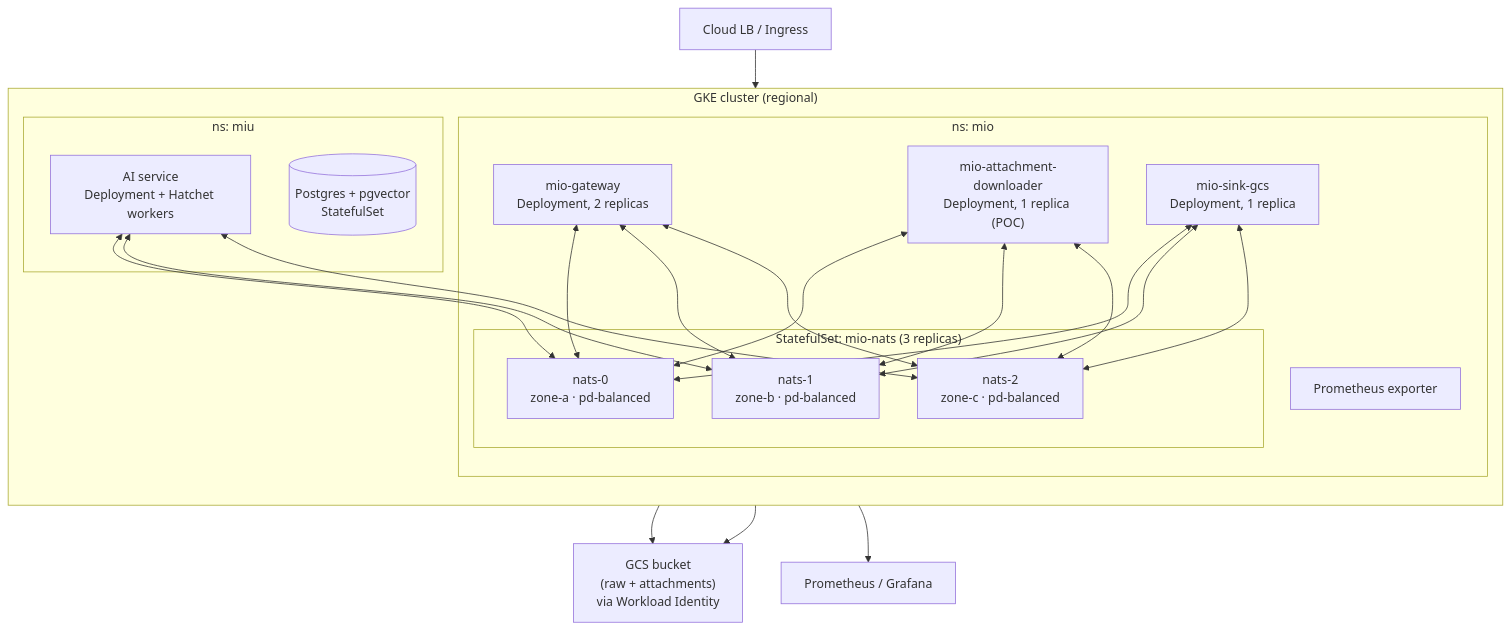
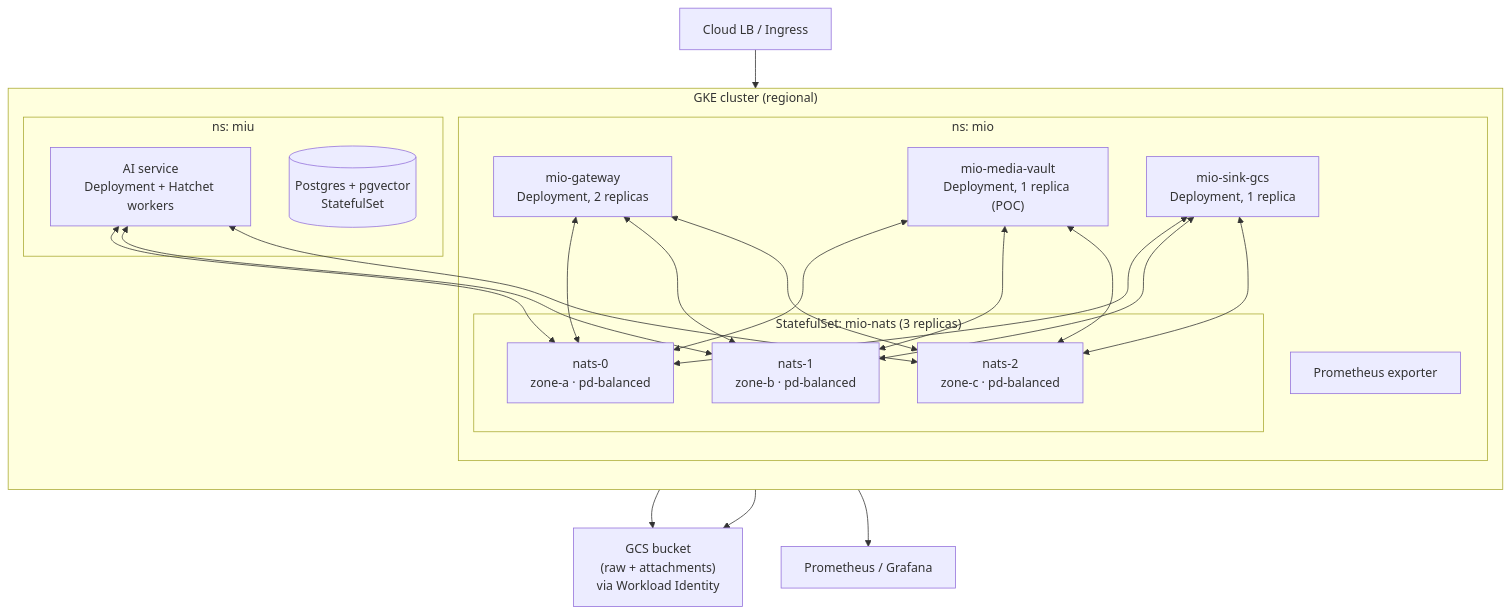
Before and after one commit to CrashChat-ai/mio: the fourth of 4 diagrams in docs/system-architecture.md, drawn with Mermaid. The commit also changed other lines of this file and 78 other files, not shown here.

First line of the commit message:
chore(repo): rename attachment-downloader → media-vault (source-only) (#10)

````diff
--- a/docs/system-architecture.md
+++ b/docs/system-architecture.md
@@ -318,31 +318,31 @@
 ```mermaid
 flowchart TB
   subgraph "GKE cluster (regional)"
     direction TB
     subgraph "ns: mio"
       gwd["mio-gateway<br/>Deployment, 2 replicas"]
-      dld["mio-attachment-downloader<br/>Deployment, 1 replica (POC)"]
+      dld["mio-media-vault<br/>Deployment, 1 replica (POC)"]
       sinkd["mio-sink-gcs<br/>Deployment, 1 replica"]
       subgraph "StatefulSet: mio-nats (3 replicas)"
         n0["nats-0<br/>zone-a · pd-balanced"]
         n1["nats-1<br/>zone-b · pd-balanced"]
         n2["nats-2<br/>zone-c · pd-balanced"]
       end
       promex[Prometheus exporter]
     end
     subgraph "ns: miu"
       aid["AI service<br/>Deployment + Hatchet workers"]
       pgd[(Postgres + pgvector<br/>StatefulSet)]
     end
   end
 
   ing["Cloud LB / Ingress"] --> gwd
   gwd <--> n0 & n1 & n2
   dld <--> n0 & n1 & n2
   aid <--> n0 & n1 & n2
   sinkd <--> n0 & n1 & n2
   dld --> gcs
   sinkd --> gcs
   gcs["GCS bucket<br/>(raw + attachments)<br/>via Workload Identity"]
   promex --> mon["Prometheus / Grafana"]
 ```
````
